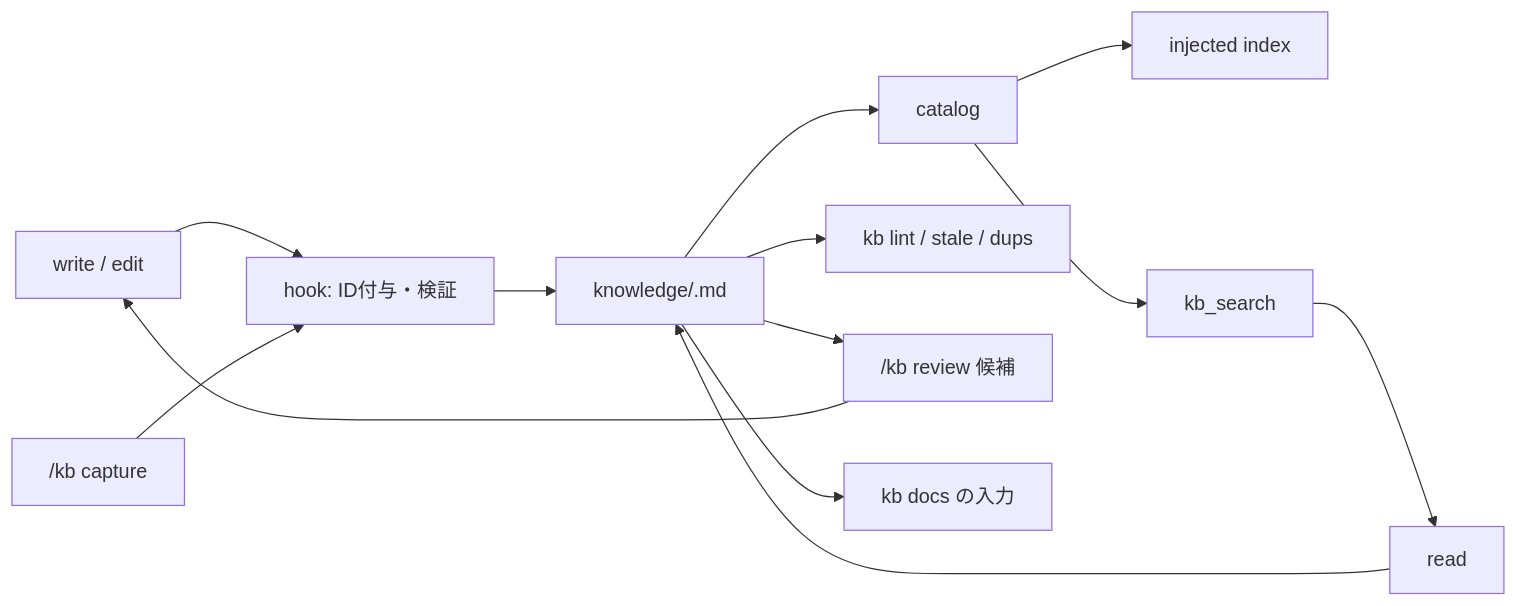
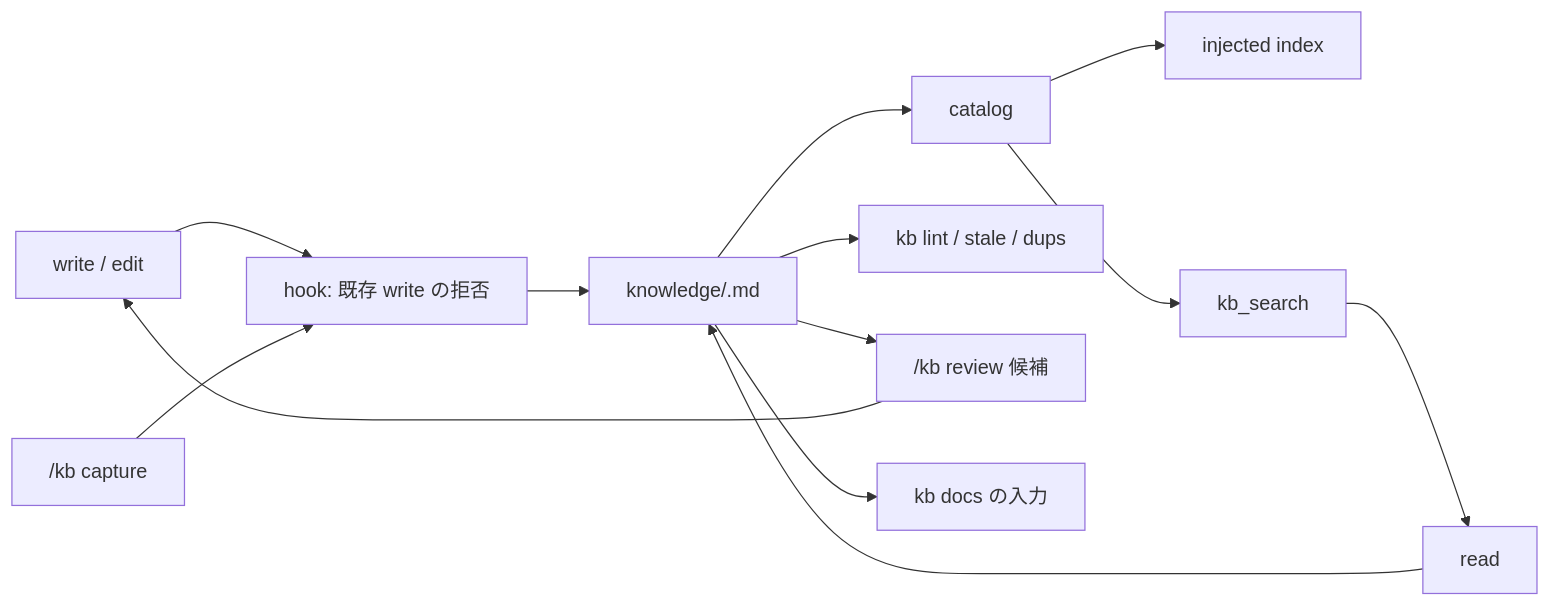
The diagram in DESIGN.md (kurowashi/pi-knowledge), drawn with Mermaid before and after one commit. The commit also changed other lines of this file and 58 other files, not shown here.

````diff
--- a/DESIGN.md
+++ b/DESIGN.md
@@ -67,14 +71,14 @@
 ```mermaid
 flowchart LR
-  W["write / edit"] --> H["hook: ID付与・検証"]
+  W["write / edit"] --> H["hook: 既存 write の拒否"]
   H --> K["knowledge/<id>.md"]
   CAP["/kb capture"] --> H
   K --> C[catalog]
   C --> I["injected index"]
   C --> S["kb_search"]
   S --> R[read]
   R --> K
   K --> L["kb lint / stale / dups"]
   K --> RV["/kb review 候補"] --> W
   K --> T["kb docs の入力"]
 ```
````
